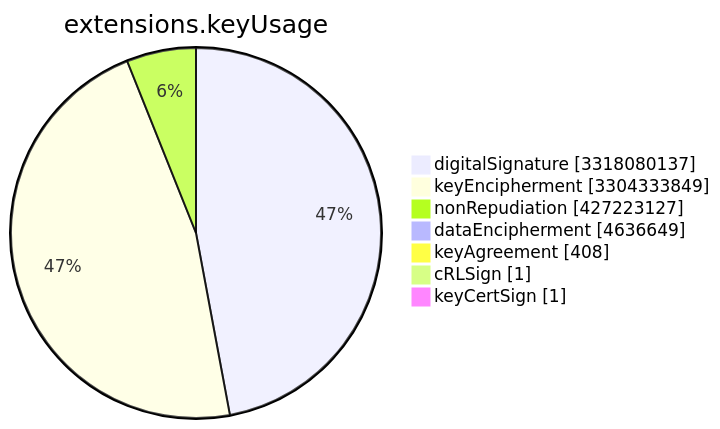
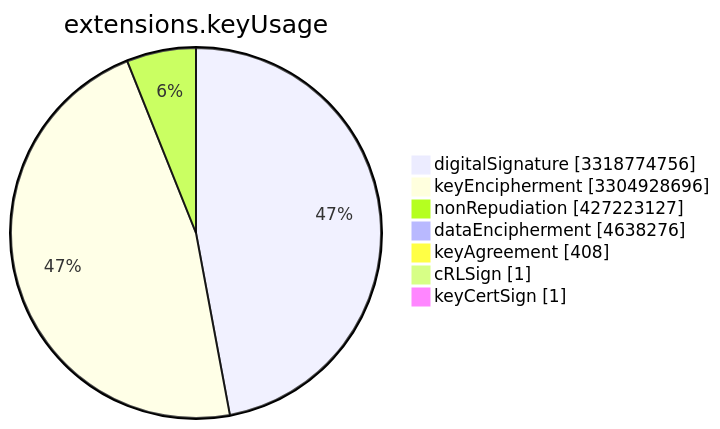
The sixth of 15 diagrams in TOTAL/README.md (christiankrug/ctmonitor_visualization), drawn with Mermaid before and after one commit. The commit also changed other lines of this file, not shown here.

````diff
--- a/TOTAL/README.md
+++ b/TOTAL/README.md
@@ -3078,11 +3078,11 @@
 ```mermaid
 pie showData
 title extensions.keyUsage
-"digitalSignature" :3318080137
-"keyEncipherment" :3304333849
+"digitalSignature" :3318774756
+"keyEncipherment" :3304928696
 "nonRepudiation" :427223127
-"dataEncipherment" :4636649
+"dataEncipherment" :4638276
 "keyAgreement" :408
 "cRLSign" :1
 "keyCertSign" :1
 ```
````
